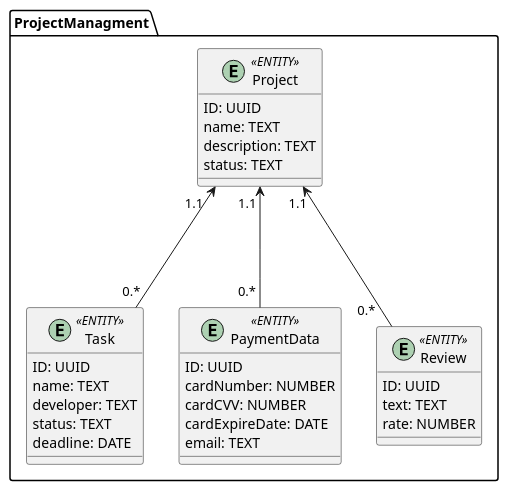
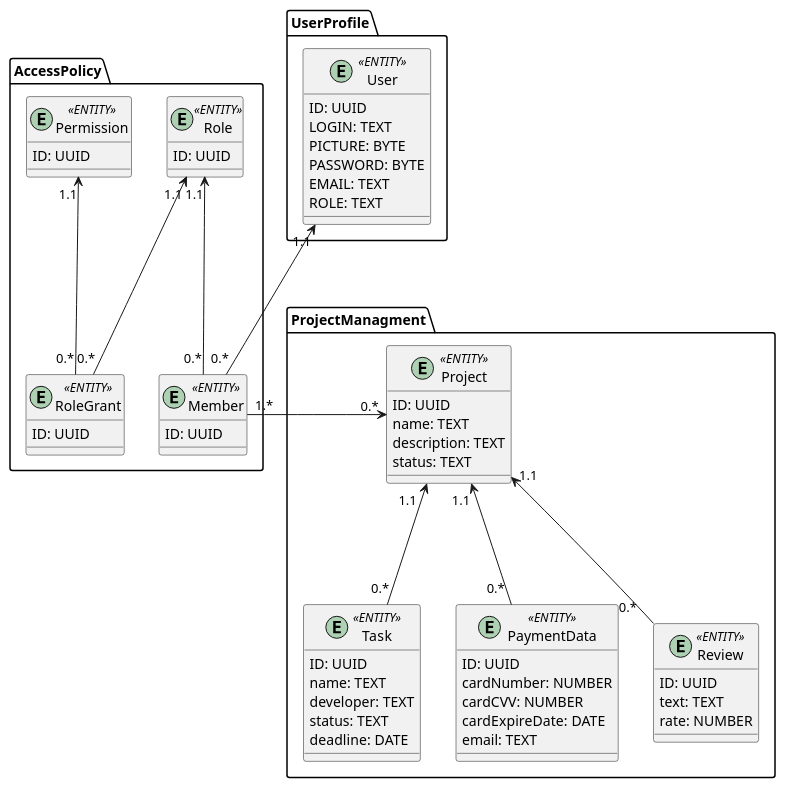
Before and after one commit to edu-db/edu_db_labs: the second of 2 diagrams in docs/design/README.md, drawn with PlantUML.

Commit message:
Made second part of ER-Model

```diff
--- a/docs/design/README.md
+++ b/docs/design/README.md
@@ -82,39 +82,72 @@
 @startuml
 
 namespace ProjectManagment  {
 
 entity Project <<ENTITY>> {
     ID: UUID
     name: TEXT
     description: TEXT
     status: TEXT
 }
 
 entity Task <<ENTITY>> {
     ID: UUID
     name: TEXT
     developer: TEXT
     status: TEXT
     deadline: DATE
 }
 
 entity PaymentData <<ENTITY>> {
     ID: UUID  
     cardNumber: NUMBER
     cardCVV: NUMBER
     cardExpireDate: DATE
     email: TEXT  
 }
 
 entity Review <<ENTITY>>{
     ID: UUID
     text: TEXT
     rate: NUMBER
 }
 
 }
 
+namespace AccessPolicy  {
+entity Member  <<ENTITY>>{
+    ID: UUID
+}
+entity Role <<ENTITY>>{
+    ID: UUID
+}
+entity RoleGrant <<ENTITY>>{
+    ID: UUID
+}
+entity Permission <<ENTITY>>{
+    ID: UUID
+}
+}
+
+namespace UserProfile {
+entity User <<ENTITY>>{
+    ID: UUID
+    LOGIN: TEXT
+    PICTURE: BYTE
+    PASSWORD: BYTE
+    EMAIL: TEXT
+    ROLE: TEXT
+}
+}
+
 Project "1.1  "<---"0.*" Task
 Project "1.1 "<---"0.* " PaymentData
 Project "1.1"<---"0.*   " Review
+
+Project "0.*"<-l--"1.*" Member
+Role "1.1"<---"0.*" Member
+Role "1.1"<---"0.*" RoleGrant
+Permission "1.1"<---"0.*" RoleGrant
+User "1.1"<---"0.*" Member
+
 @enduml
```
